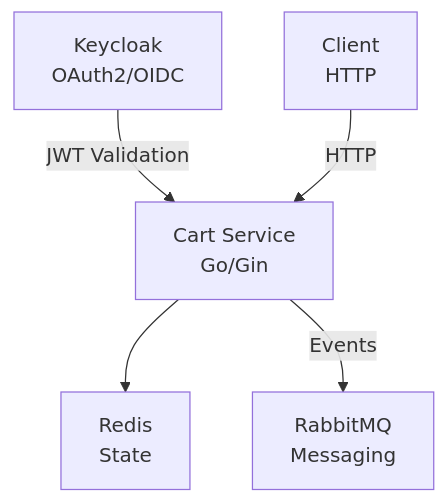
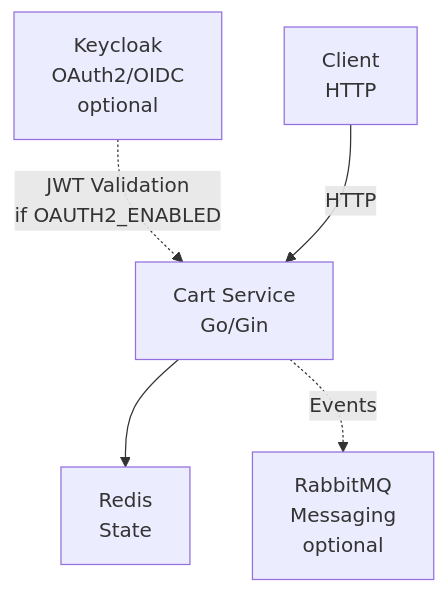
Before and after one commit to wilddog64/shopping-cart-basket: the first of 2 diagrams in docs/architecture/README.md, drawn with Mermaid.

Commit message:
docs: mark Keycloak and RabbitMQ as optional in architecture diagram
Dashed arrows and 'optional' labels reflect OAUTH2_ENABLED and
optional RabbitMQ dependency, consistent with the rest of the doc.

````diff
--- a/docs/architecture/README.md
+++ b/docs/architecture/README.md
@@ -9,13 +9,13 @@
 ```mermaid
 graph TD
-    KC[Keycloak<br>OAuth2/OIDC]
+    KC[Keycloak<br>OAuth2/OIDC<br>optional]
     Client[Client<br>HTTP]
     CS[Cart Service<br>Go/Gin]
     Redis[Redis<br>State]
-    RMQ[RabbitMQ<br>Messaging]
+    RMQ[RabbitMQ<br>Messaging<br>optional]
 
-    KC -->|JWT Validation| CS
+    KC -.->|JWT Validation<br>if OAUTH2_ENABLED| CS
     Client -->|HTTP| CS
     CS --> Redis
-    CS -->|Events| RMQ
+    CS -.->|Events| RMQ
 ```
````
